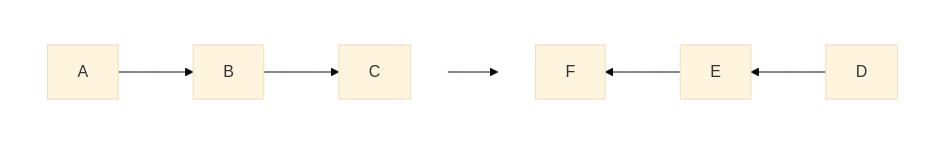
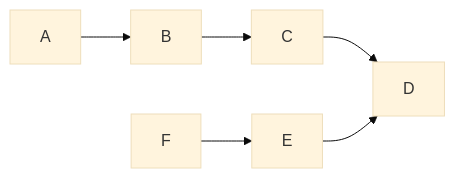
The third of 3 diagrams in Notebook/t-grid.md (Asy508/Construction), drawn with Mermaid (base theme) before and after one commit.

````diff
--- a/Notebook/t-grid.md
+++ b/Notebook/t-grid.md
@@ -64,21 +64,13 @@
 ```mermaid
 flowchart LR
-    subgraph Row1 [ ]
-        direction LR
-        A[A] --> B[B]
-        B --> C[C]
-    end
-
-    subgraph Row2 [ ]
-        direction RL
-        D[D] --> E[E]
-        E --> F[F]
-    end
-
+    %% Define Row 1 (Left to Right)
+    A --> B --> C
+    
+    %% Connect Row 1 to Row 2
     C --> D
     
-    %% Style to hide the subgraph boxes
-    style Row1 fill:none,stroke:none
-    style Row2 fill:none,stroke:none
+    %% Define Row 2 (Right to Left via explicit links)
+    E --> D
+    F --> E
 
 ```
````
